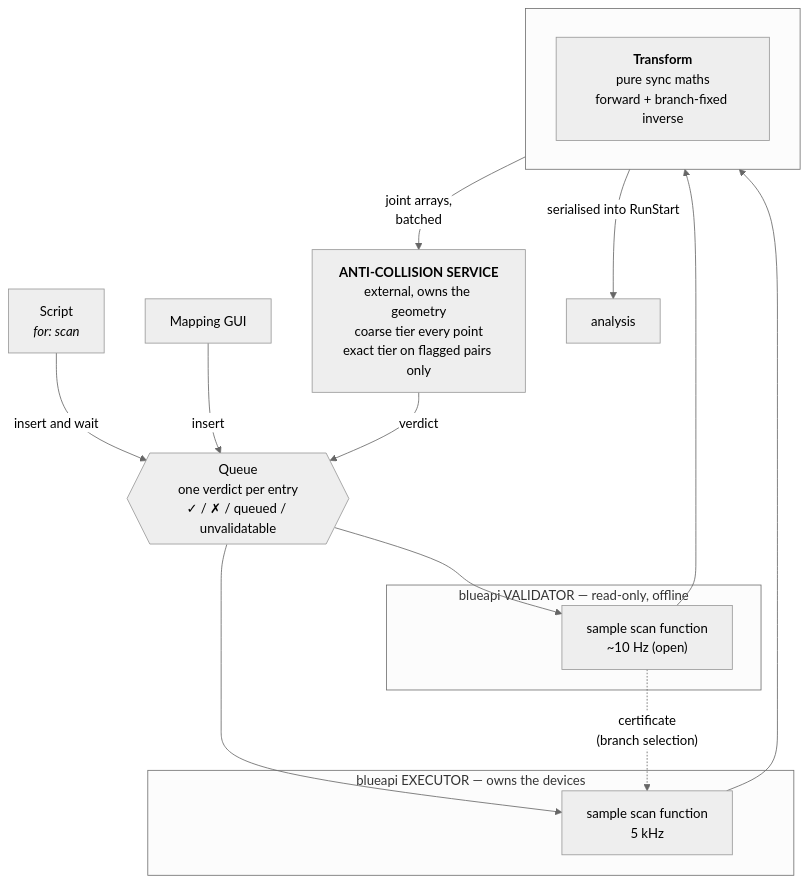
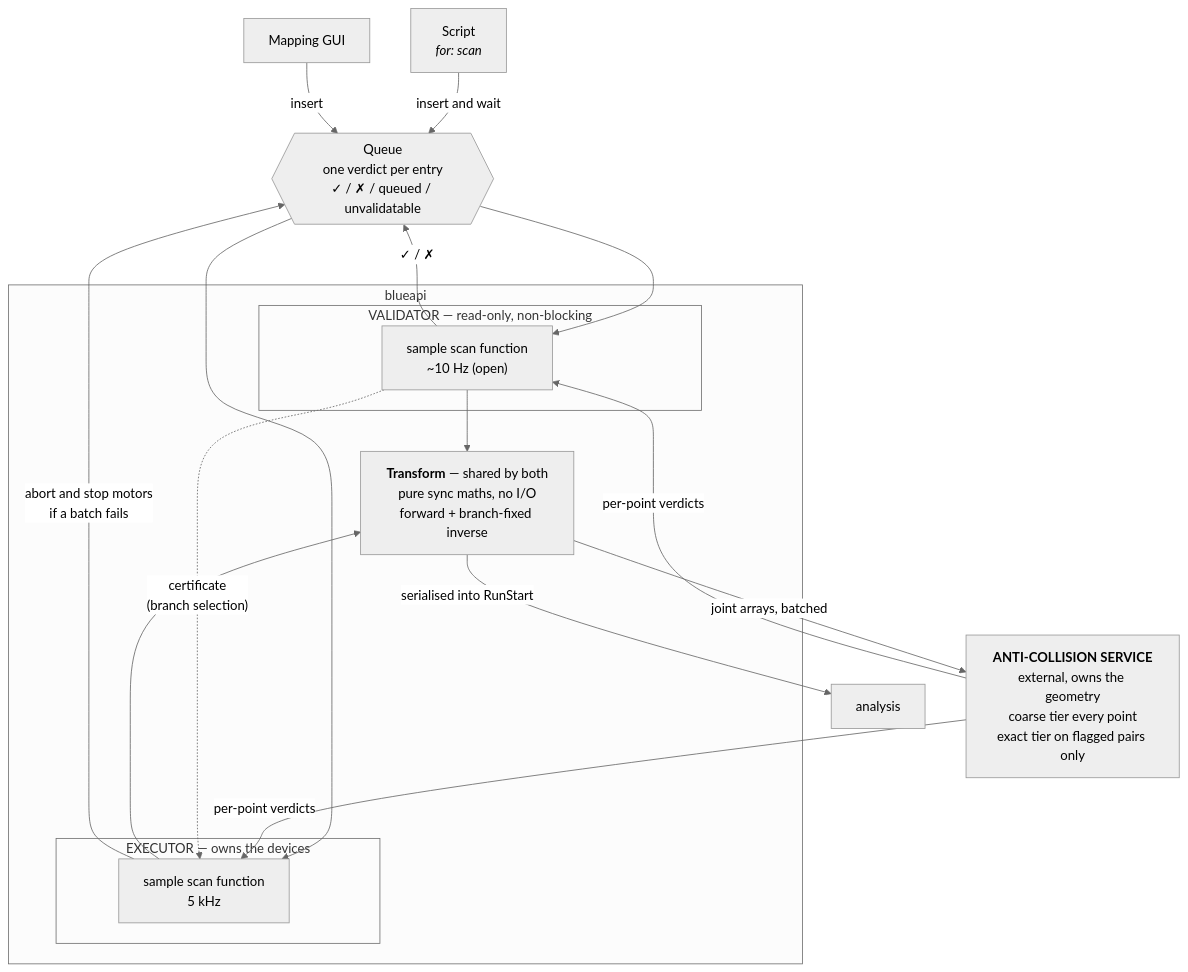
The first of 2 diagrams in docs/explanations/architecture.md (coretl/bluesky-architecture), drawn with Mermaid (neutral theme) before and after one commit.

Commit message:
Fix the component diagram: group blueapi, correct the return path
Two corrections from Tom.

The two blueapi processes and the shared Transform now sit inside one nested
subgraph, which is the honest picture: Transform is library code living inside
both processes, not a third thing between them. The outer box is what blueapi
owns, against the queue and the collision service outside it.

The return path from anti-collision does not go to the queue. It goes back to
whoever asked - the validator, which then writes the tick, and the executor,
which aborts and stops the motors if a batch fails. Drawing it straight to the
queue implied the service knows about queue entries, which it does not.

Note: sphinx embeds mermaid for client-side rendering and does not validate the
syntax, so a malformed diagram would build clean and fail only in the browser.
I could not check the render - validating properly would mean pulling mermaid's
21 transitive dependency trees to run its parser under jsdom, which is not
worth it for two diagrams. Worth an eye on the built page.

````diff
--- a/docs/explanations/architecture.md
+++ b/docs/explanations/architecture.md
@@ -29,33 +29,34 @@
 ```{mermaid}
 flowchart TB
     Script["Script<br/><i>for: scan</i>"]
     GUI["Mapping GUI"]
     Q{{"Queue<br/>one verdict per entry<br/>✓ / ✗ / queued / unvalidatable"}}
 
     Script -- "insert and wait" --> Q
     GUI -- "insert" --> Q
 
-    subgraph shared [" "]
-        direction LR
-        KIN["<b>Transform</b><br/>pure sync maths<br/>forward + branch-fixed inverse"]
-    end
-
-    subgraph V ["blueapi VALIDATOR &mdash; read-only, offline"]
-        VS["sample scan function<br/>~10 Hz (open)"]
-    end
-    subgraph E ["blueapi EXECUTOR &mdash; owns the devices"]
-        ES["sample scan function<br/>5 kHz"]
+    subgraph BA ["blueapi"]
+        subgraph V ["VALIDATOR &mdash; read-only, non-blocking"]
+            VS["sample scan function<br/>~10 Hz (open)"]
+        end
+        subgraph E ["EXECUTOR &mdash; owns the devices"]
+            ES["sample scan function<br/>5 kHz"]
+        end
+        KIN["<b>Transform</b> &mdash; shared by both<br/>pure sync maths, no I/O<br/>forward + branch-fixed inverse"]
     end
 
     Q --> VS
     Q --> ES
     VS --> KIN
     ES --> KIN
-    KIN -- "joint arrays,<br/>batched" --> AC
+    KIN -- "joint arrays, batched" --> AC
 
     AC["<b>ANTI-COLLISION SERVICE</b><br/>external, owns the geometry<br/>coarse tier every point<br/>exact tier on flagged pairs only"]
 
-    AC -- "verdict" --> Q
+    AC -- "per-point verdicts" --> VS
+    AC -- "per-point verdicts" --> ES
+    VS -- "✓ / ✗" --> Q
+    ES -- "abort and stop motors<br/>if a batch fails" --> Q
     VS -. "certificate<br/>(branch selection)" .-> ES
     KIN -- "serialised into RunStart" --> AN["analysis"]
 ```
````
